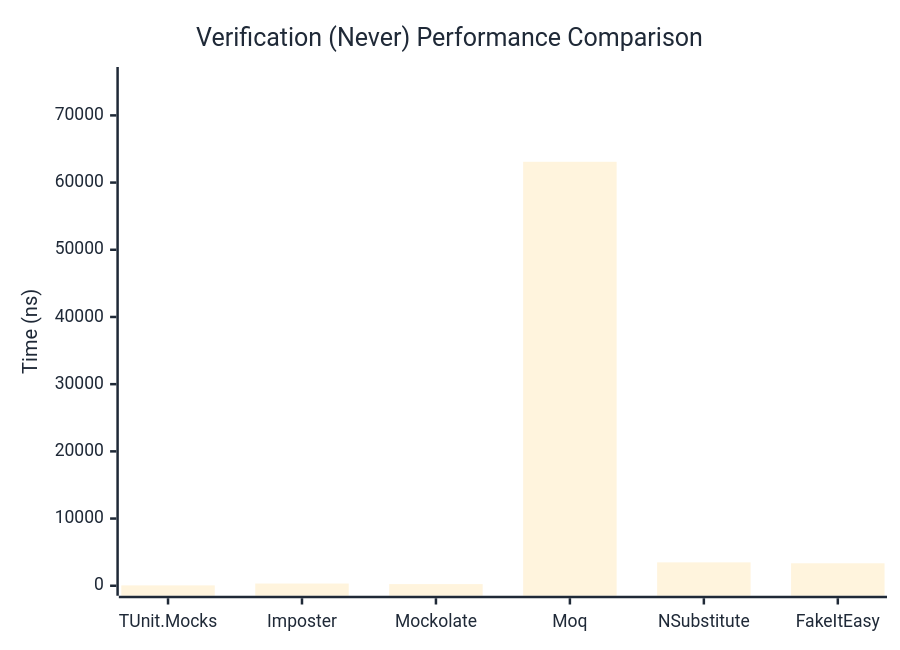
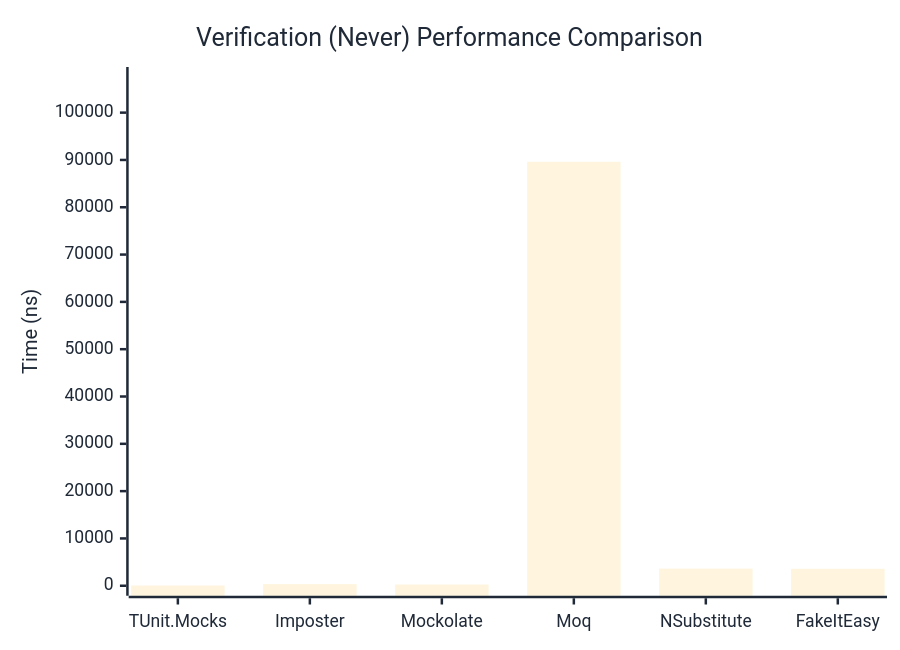
One commit to thomhurst/TUnit changed the second of 3 diagrams in docs/docs/benchmarks/mocks/Verification.md. Above: the diagram before and after it, drawn with Mermaid. The commit also changed other lines of this file and 14 other files, not shown here.

````diff
--- a/docs/docs/benchmarks/mocks/Verification.md
+++ b/docs/docs/benchmarks/mocks/Verification.md
@@ -69,27 +69,27 @@
 ```mermaid
 %%{init: {
   'theme':'base',
   'themeVariables': {
     'primaryColor': '#2563eb',
     'primaryTextColor': '#1f2937',
     'primaryBorderColor': '#1e40af',
     'lineColor': '#6b7280',
     'secondaryColor': '#7c3aed',
     'tertiaryColor': '#dc2626',
     'background': '#ffffff',
     'pie1': '#2563eb',
     'pie2': '#7c3aed',
     'pie3': '#dc2626',
     'pie4': '#f59e0b',
     'pie5': '#10b981',
     'pie6': '#06b6d4',
     'pie7': '#ec4899',
     'pie8': '#6366f1'
   }
 }}%%
 xychart-beta
   title "Verification (Never) Performance Comparison"
   x-axis ["TUnit.Mocks", "Imposter", "Mockolate", "Moq", "NSubstitute", "FakeItEasy"]
-  y-axis "Time (ns)" 0 --> 75713
-  bar [52.69, 330.54, 246.75, 63093.83, 3480.9, 3346.73]
+  y-axis "Time (ns)" 0 --> 107533
+  bar [48.95, 333.7, 255.13, 89610.75, 3618.16, 3589.47]
 ```
````
